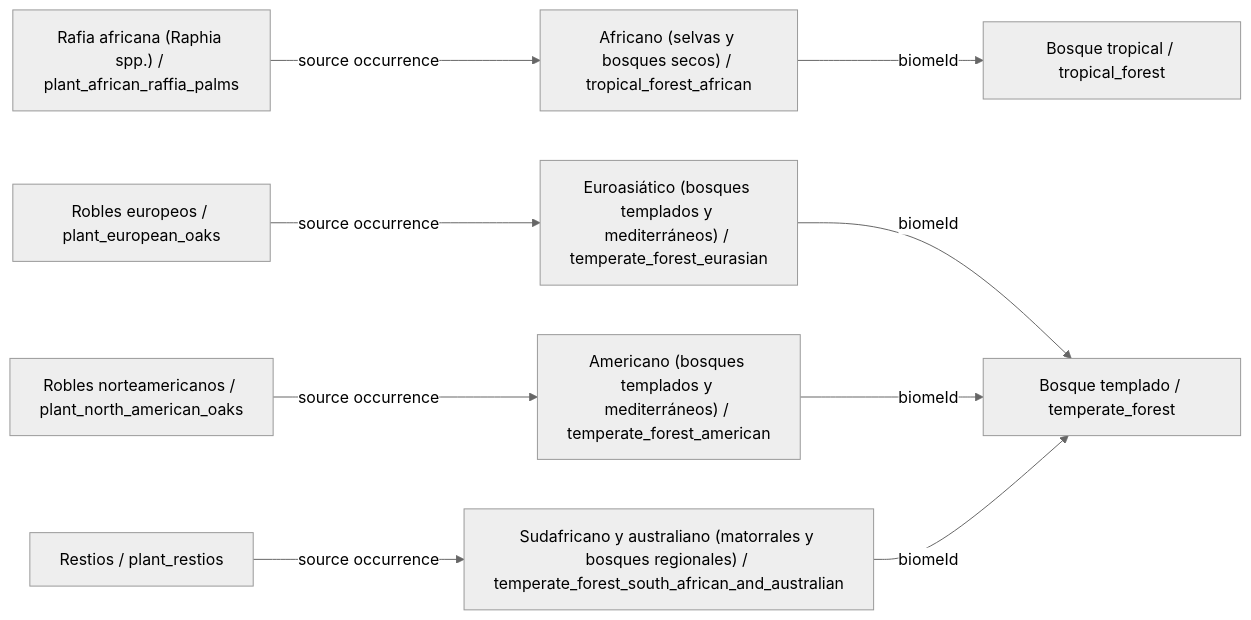
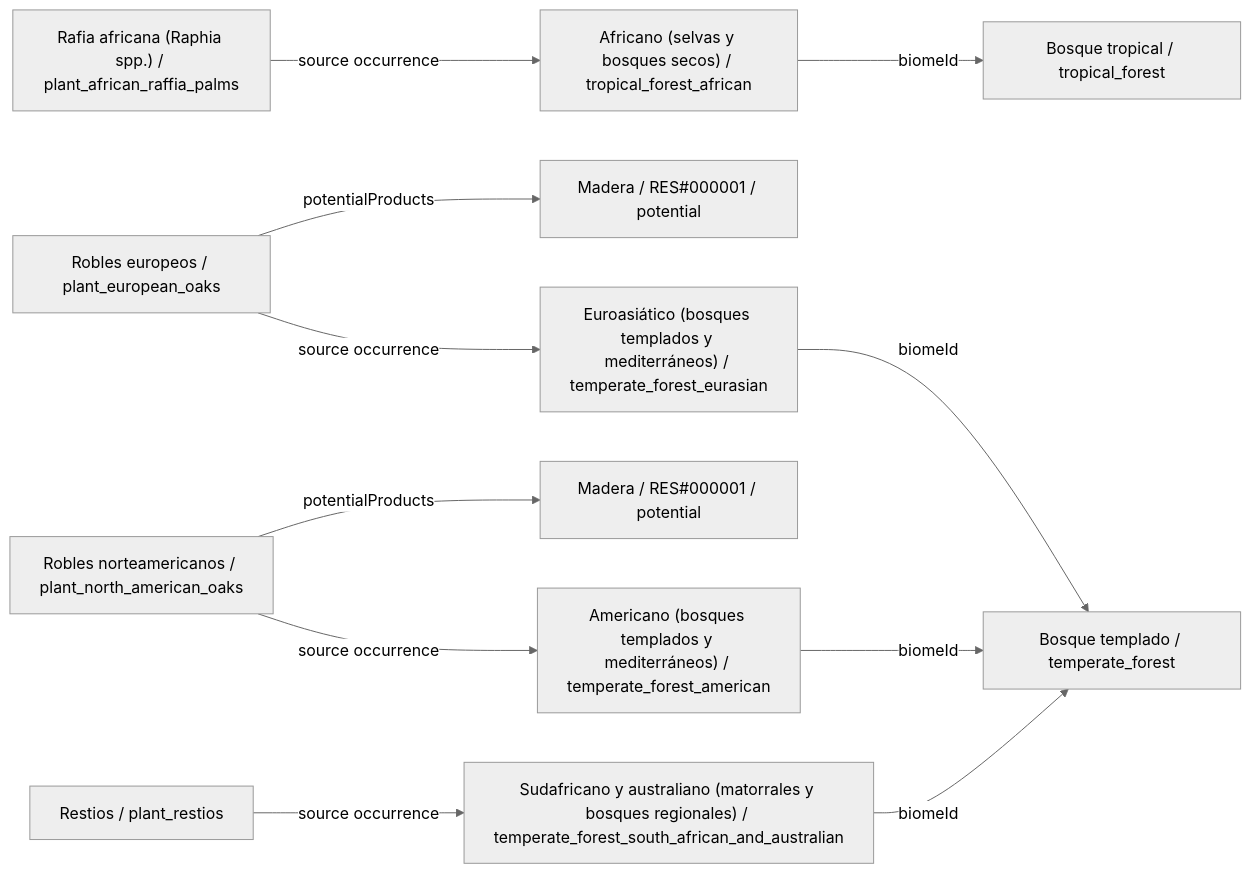
One commit to fgabo404/EvolveDoc changed diagram 27 of 39 in data/plants/DIAGRAMS.es.md. Above: the diagram before and after it, drawn with Mermaid (neutral theme). The commit also changed other lines of this file and 50 other files, not shown here.

````diff
--- a/data/plants/DIAGRAMS.es.md
+++ b/data/plants/DIAGRAMS.es.md
@@ -795,21 +823,25 @@
 ```mermaid
 flowchart LR
     c0["Rafia africana (Raphia spp.) / plant_african_raffia_palms"]
     v1["Africano (selvas y bosques secos) / tropical_forest_african"]
     b0["Bosque tropical / tropical_forest"]
     c1["Restios / plant_restios"]
     v6["Sudafricano y australiano (matorrales y bosques regionales) / temperate_forest_south_african_and_australian"]
     b1["Bosque templado / temperate_forest"]
     c2["Robles europeos / plant_european_oaks"]
     v4["Euroasiático (bosques templados y mediterráneos) / temperate_forest_eurasian"]
+    o2_0["Madera / RES#000001 / potential"]
     c3["Robles norteamericanos / plant_north_american_oaks"]
     v5["Americano (bosques templados y mediterráneos) / temperate_forest_american"]
+    o3_0["Madera / RES#000001 / potential"]
     c0 -->|source occurrence| v1
     c1 -->|source occurrence| v6
+    c2 -->|potentialProducts| o2_0
     c2 -->|source occurrence| v4
+    c3 -->|potentialProducts| o3_0
     c3 -->|source occurrence| v5
     v1 -->|biomeId| b0
     v4 -->|biomeId| b1
     v5 -->|biomeId| b1
     v6 -->|biomeId| b1
 ```
````
